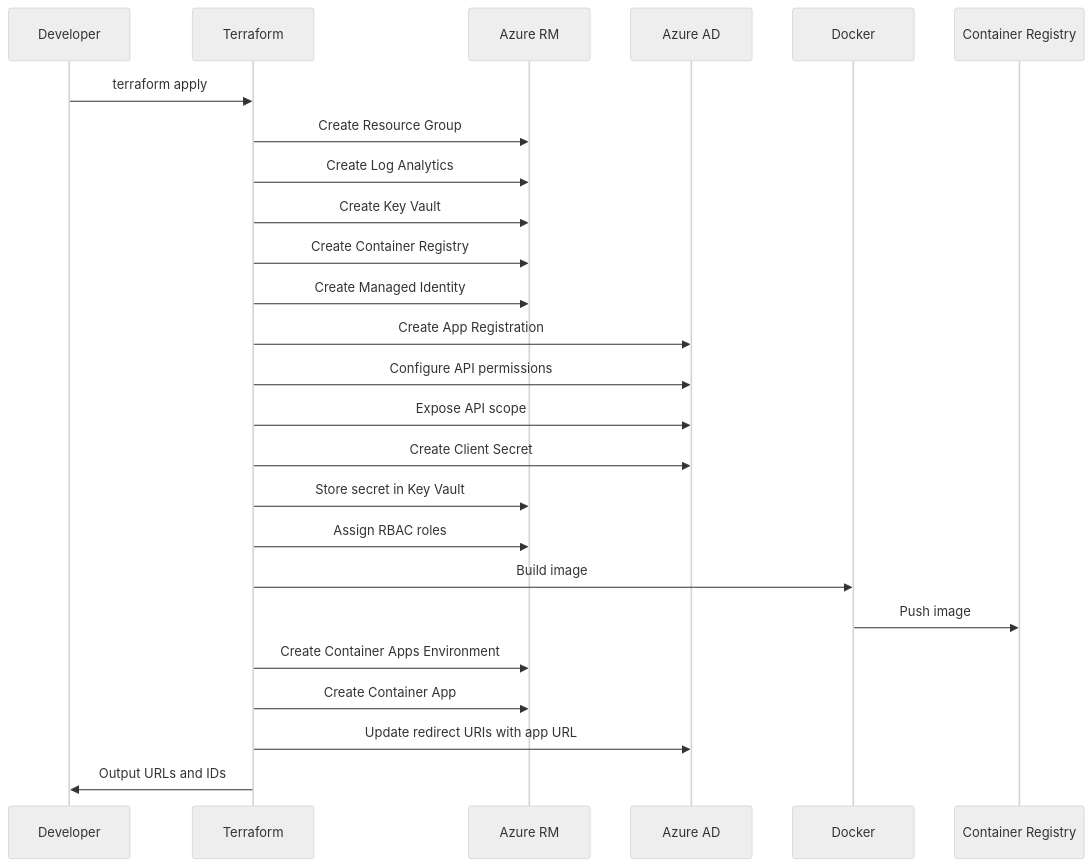
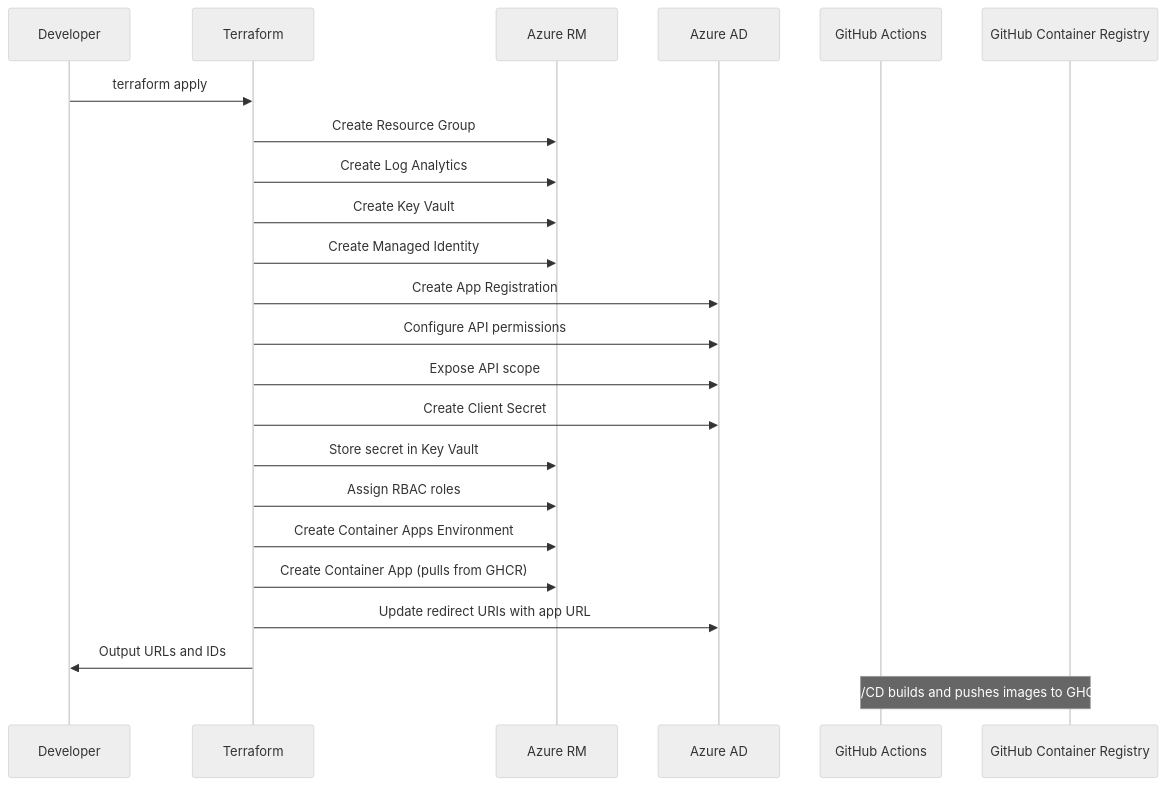
Before and after one commit to Jandev/azure-feature-toggle-product: the second of 7 diagrams in terraform/README.md, drawn with Mermaid (neutral theme). The commit also changed other lines of this file and 6 other files, not shown here.

First line of the commit message:
Remove ACR, use GitHub Container Registry exclusively

````diff
--- a/terraform/README.md
+++ b/terraform/README.md
@@ -64,35 +67,33 @@
 ```mermaid
 sequenceDiagram
     participant Dev as Developer
     participant TF as Terraform
     participant Azure as Azure RM
     participant AAD as Azure AD
-    participant Docker as Docker
-    participant ACR as Container Registry
+    participant GH as GitHub Actions
+    participant GHCR as GitHub Container Registry
 
     Dev->>TF: terraform apply
     
     TF->>Azure: Create Resource Group
     TF->>Azure: Create Log Analytics
     TF->>Azure: Create Key Vault
-    TF->>Azure: Create Container Registry
     TF->>Azure: Create Managed Identity
     
     TF->>AAD: Create App Registration
     TF->>AAD: Configure API permissions
     TF->>AAD: Expose API scope
     TF->>AAD: Create Client Secret
     
     TF->>Azure: Store secret in Key Vault
     TF->>Azure: Assign RBAC roles
     
-    TF->>Docker: Build image
-    Docker->>ACR: Push image
-    
     TF->>Azure: Create Container Apps Environment
-    TF->>Azure: Create Container App
+    TF->>Azure: Create Container App (pulls from GHCR)
     
     TF->>AAD: Update redirect URIs with app URL
     
     TF->>Dev: Output URLs and IDs
+    
+    Note over GH,GHCR: CI/CD builds and pushes images to GHCR
 ```
````
